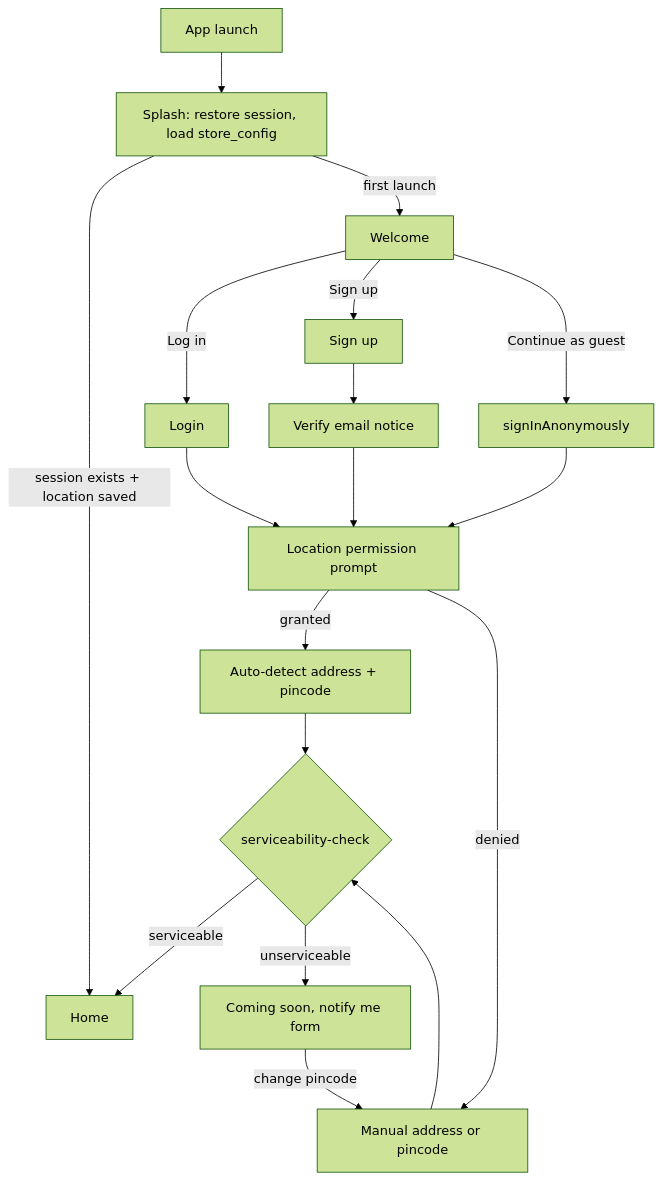
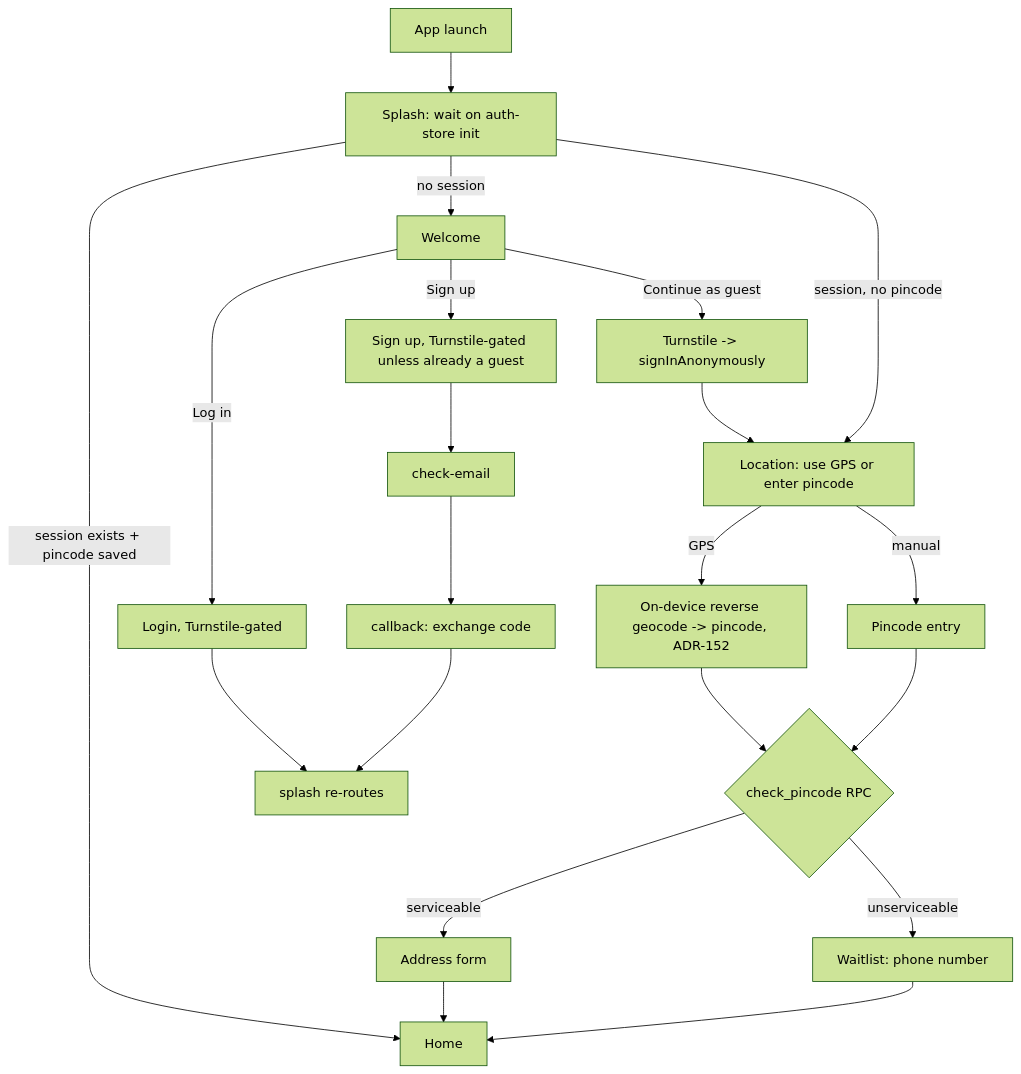
One commit to SIVASUBRAMANIYAM-S/Vivodha_E-commerce changed the first of 4 diagrams in docs/user-flows.md. Above: the diagram before and after it, drawn with Mermaid (forest theme). The commit also changed other lines of this file and 4 other files, not shown here.

````diff
--- a/docs/user-flows.md
+++ b/docs/user-flows.md
@@ -7,16 +7,16 @@
 ```mermaid
 flowchart TD
-  A[App launch] --> B[Splash: restore session, load store_config]
-  B -->|session exists + location saved| H[Home]
-  B -->|first launch| W[Welcome]
-  W -->|Log in| L[Login] --> P
-  W -->|Sign up| S[Sign up] --> V[Verify email notice] --> P
-  W -->|Continue as guest| G[signInAnonymously] --> P
-  P[Location permission prompt] -->|granted| D[Auto-detect address + pincode]
-  P -->|denied| M[Manual address or pincode]
-  D --> C{serviceability-check}
+  A[App launch] --> B[Splash: wait on auth-store init]
+  B -->|session exists + pincode saved| H[Home]
+  B -->|no session| W[Welcome]
+  B -->|session, no pincode| P
+  W -->|Log in| L[Login, Turnstile-gated] --> SP[splash re-routes]
+  W -->|Sign up| S[Sign up, Turnstile-gated unless already a guest] --> CE[check-email] --> CB[callback: exchange code] --> SP
+  W -->|Continue as guest| G[Turnstile -> signInAnonymously] --> P
+  P[Location: use GPS or enter pincode] -->|GPS| D[On-device reverse geocode -> pincode, ADR-152]
+  P -->|manual| M[Pincode entry]
+  D --> C{check_pincode RPC}
   M --> C
-  C -->|serviceable| H
-  C -->|unserviceable| N["Coming soon, notify me" form]
-  N -->|change pincode| M
+  C -->|serviceable| AF[Address form] --> H
+  C -->|unserviceable| N[Waitlist: phone number] --> H
 ```
````
